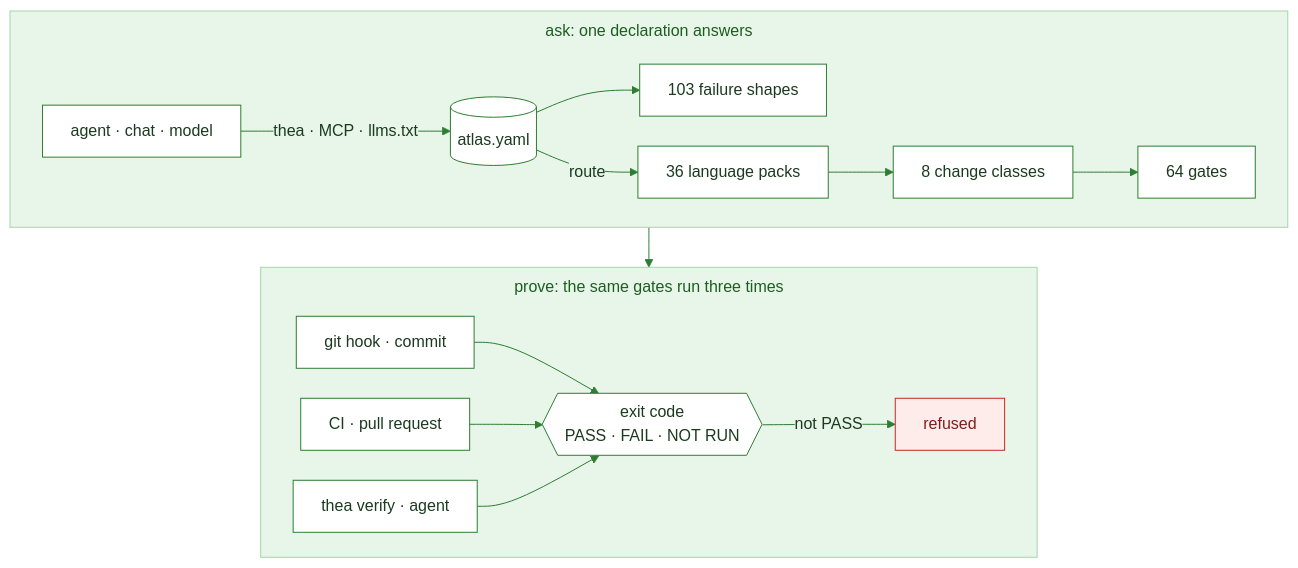
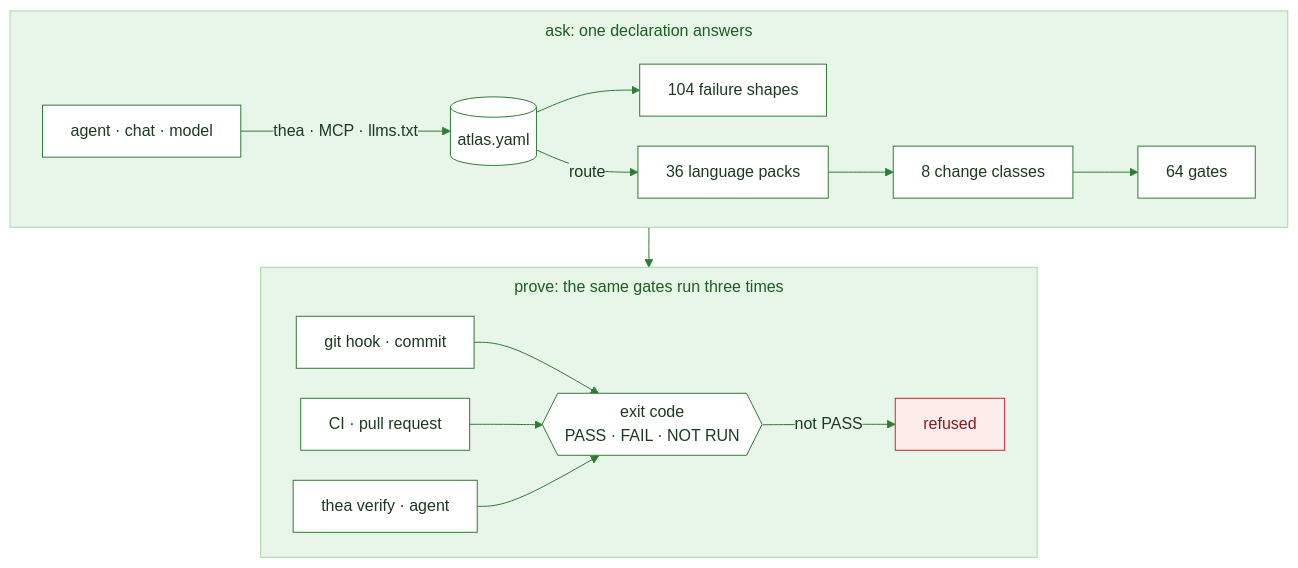
The diagram in README.md (HLIntel/Headron), drawn with Mermaid before and after one commit. The commit also changed other lines of this file and 13 other files, not shown here.

First line of the commit message:
Route .mts/.cts to typescript; a bare interpreter below the floor is NOT RUN

````diff
--- a/README.md
+++ b/README.md
@@ -36,36 +36,36 @@
 ```mermaid
 ---
 config:
   theme: base
   themeVariables:
     primaryColor: "#ffffff"
     primaryBorderColor: "#2e7d32"
     primaryTextColor: "#1b3a1f"
     lineColor: "#2e7d32"
     clusterBkg: "#e8f5e9"
     clusterBorder: "#a5d6a7"
     titleColor: "#1b5e20"
     edgeLabelBackground: "#e8f5e9"
   flowchart:
     subGraphTitleMargin: {top: 8, bottom: 16}
     nodeSpacing: 30
     rankSpacing: 40
     padding: 14
 ---
 flowchart TB
   accTitle: How Thea proves a change
-  accDescr: an agent, chat or model asks through the thea CLI, MCP or llms.txt, atlas.yaml routes the file to 1 of 36 language packs and hands back 103 known failure shapes, 8 change classes select from 64 gates, the same check-only gates run at commit in a git hook, on the pull request in CI and in the agent's thea verify report, the exit code is the verdict PASS, FAIL or NOT RUN, and anything but PASS refuses the change
+  accDescr: an agent, chat or model asks through the thea CLI, MCP or llms.txt, atlas.yaml routes the file to 1 of 36 language packs and hands back 104 known failure shapes, 8 change classes select from 64 gates, the same check-only gates run at commit in a git hook, on the pull request in CI and in the agent's thea verify report, the exit code is the verdict PASS, FAIL or NOT RUN, and anything but PASS refuses the change
   subgraph ask [ask: one declaration answers]
     direction LR
     A[agent · chat · model] -->|thea · MCP · llms.txt| D[(atlas.yaml)]
-    D --> L[103 failure shapes]
+    D --> L[104 failure shapes]
     D -->|route| P[36 language packs] --> K[8 change classes] --> G[64 gates]
   end
   subgraph run [prove: the same gates run three times]
     direction LR
     H[git hook · commit] & C[CI · pull request] & R[thea verify · agent] --> V{{exit code<br>PASS · FAIL · NOT RUN}} -->|not PASS| X[refused]
   end
   ask --> run
   classDef stop fill:#fdecea,stroke:#c62828,color:#7f1d1d
   class X stop
 ```
````
